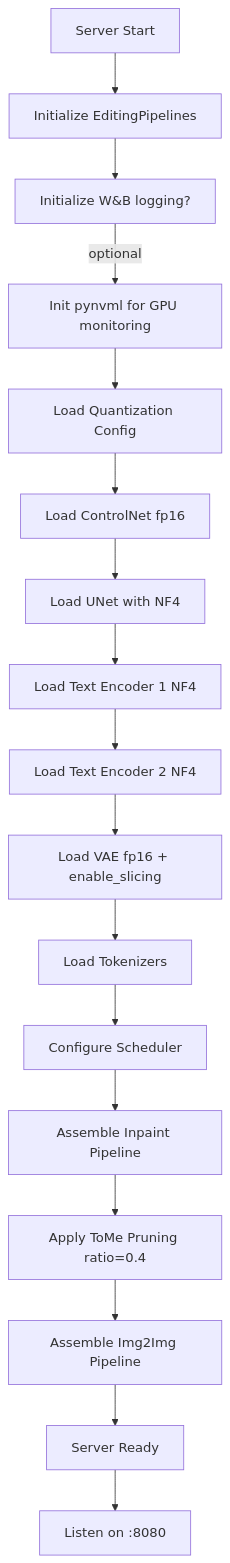
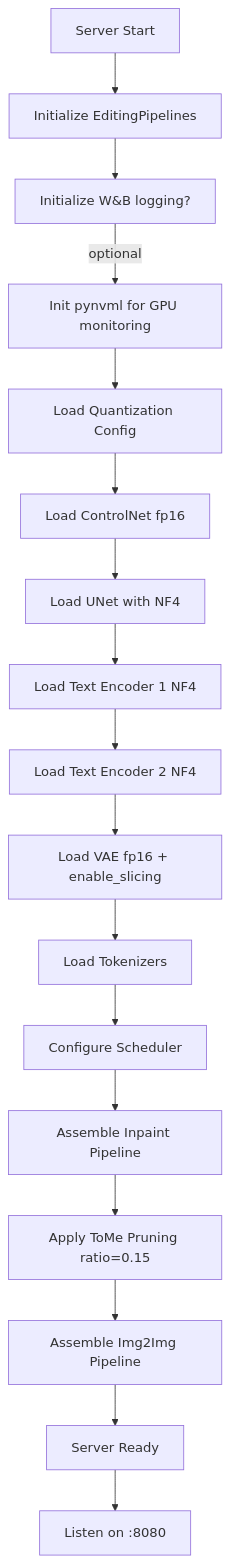
Before and after one commit to Abhyu-S/kortex-sdxl: the sixth of 26 diagrams in Documentation.md, drawn with Mermaid. The commit also changed other lines of this file, not shown here.

````diff
--- a/Documentation.md
+++ b/Documentation.md
@@ -207,19 +197,19 @@
 ```mermaid
 flowchart TD
     Start[Server Start] --> Init[Initialize EditingPipelines]
     Init --> WB[Initialize W&B logging?]
     WB -->|optional| NVML[Init pynvml for GPU monitoring]
     NVML --> QC[Load Quantization Config]
     QC --> CN[Load ControlNet fp16]
     CN --> UNet[Load UNet with NF4]
     UNet --> TE1[Load Text Encoder 1 NF4]
     TE1 --> TE2[Load Text Encoder 2 NF4]
     TE2 --> VAE[Load VAE fp16 + enable_slicing]
     VAE --> TOK[Load Tokenizers]
     TOK --> SCH[Configure Scheduler]
     SCH --> ASM1[Assemble Inpaint Pipeline]
-    ASM1 --> TOME[Apply ToMe Pruning ratio=0.4]
+    ASM1 --> TOME[Apply ToMe Pruning ratio=0.15]
     TOME --> ASM2[Assemble Img2Img Pipeline]
     ASM2 --> Ready[Server Ready]
     Ready --> Listen[Listen on :8080]
 ```
````
